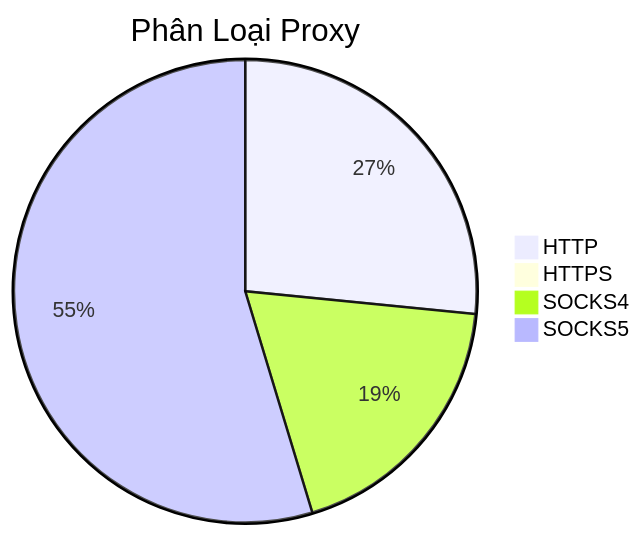
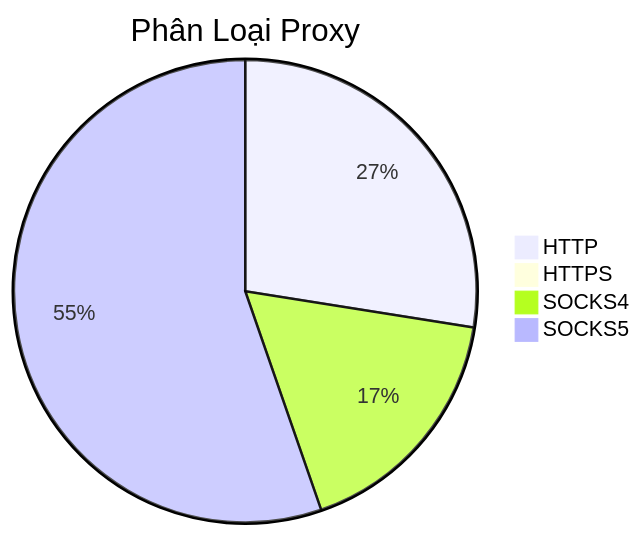
One commit to Ciara-Aa/PROXY-free changed the diagram in README.md. Above: the diagram before and after it, drawn with Mermaid. The commit also changed other lines of this file and 4 other files, not shown here.

````diff
--- a/README.md
+++ b/README.md
@@ -26,7 +26,7 @@
 ```mermaid
 pie title Phân Loại Proxy
-    "HTTP" : 156
+    "HTTP" : 181
     "HTTPS" : 1
-    "SOCKS4" : 110
-    "SOCKS5" : 321
+    "SOCKS4" : 113
+    "SOCKS5" : 364
 ```
````
